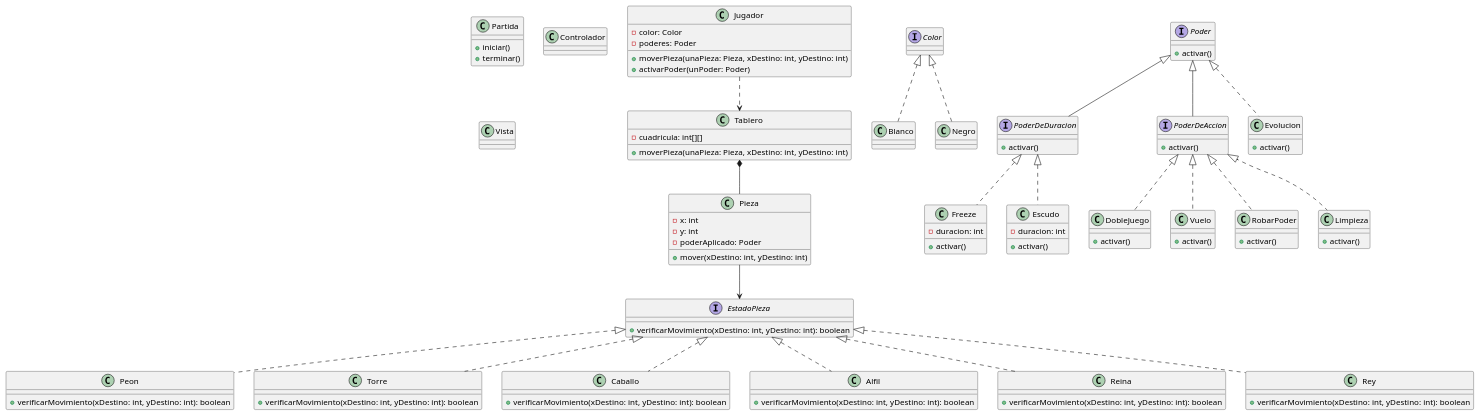
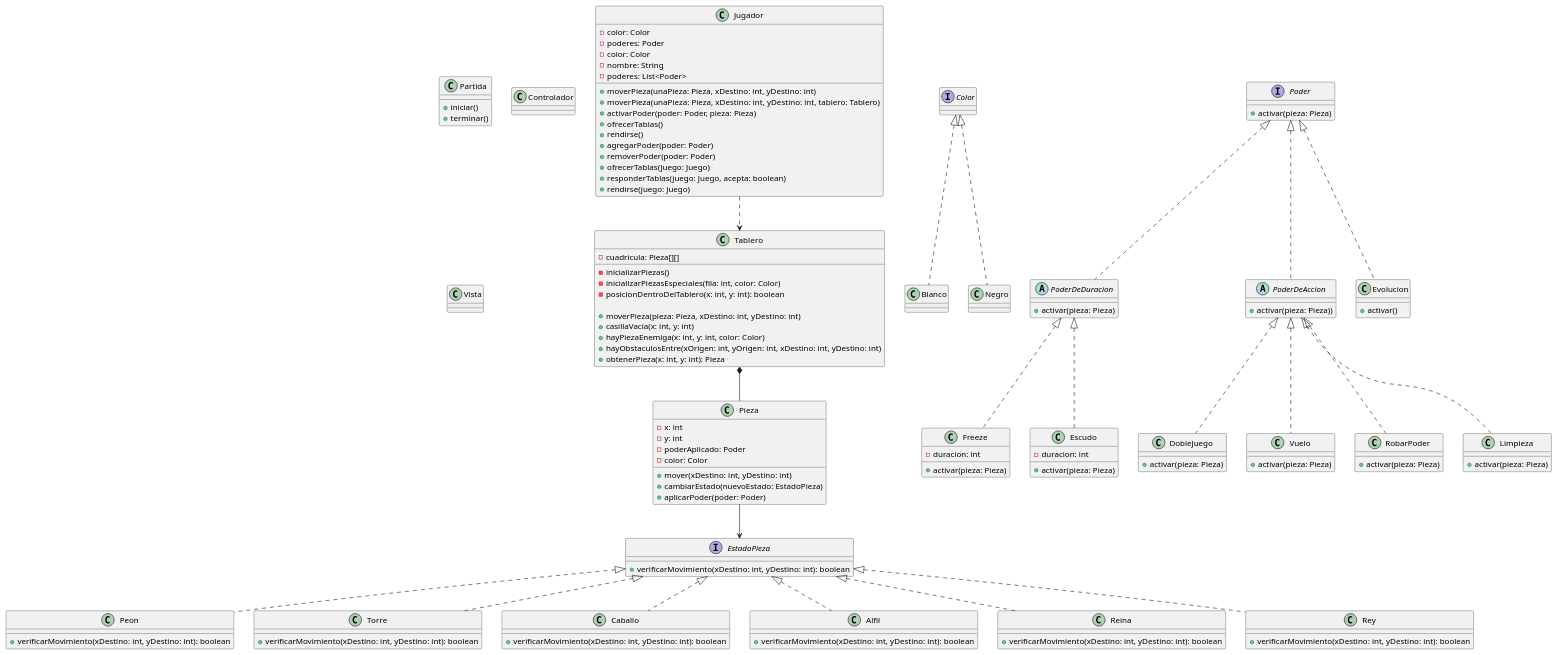
The diagram in PowerChess/diagrams/PowerChess.puml (lorenzocabirta7/Object-Oriented-Ops), drawn with PlantUML before and after one commit. The commit also changed 17 other files, not shown here.

```diff
--- a/PowerChess/diagrams/PowerChess.puml
+++ b/PowerChess/diagrams/PowerChess.puml
@@ -1,121 +1,144 @@
 @startuml
 'https://plantuml.com/class-diagram
 
 interface EstadoPieza{
     + verificarMovimiento(xDestino: int, yDestino: int): boolean
 }
 
 class Peon implements EstadoPieza{
     + verificarMovimiento(xDestino: int, yDestino: int): boolean
 }
 
 class Torre implements EstadoPieza{
     + verificarMovimiento(xDestino: int, yDestino: int): boolean
 }
 
 class Caballo implements EstadoPieza{
     + verificarMovimiento(xDestino: int, yDestino: int): boolean
 }
 
 class Alfil implements EstadoPieza{
     + verificarMovimiento(xDestino: int, yDestino: int): boolean
 }
 
 class Reina implements EstadoPieza{
     + verificarMovimiento(xDestino: int, yDestino: int): boolean
 }
 
 class Rey implements EstadoPieza{
     + verificarMovimiento(xDestino: int, yDestino: int): boolean
 }
 
 interface Color{
 }
 
 class Blanco implements Color{}
 
 class Negro implements Color{}
 
 
 class Pieza{
     - x: int
     - y: int
     - poderAplicado: Poder
+    - color: Color
     + mover(xDestino: int, yDestino: int)
+    + cambiarEstado(nuevoEstado: EstadoPieza)
+    + aplicarPoder(poder: Poder)
 }
 
 Pieza --> EstadoPieza
 
 class Tablero{
-    - cuadricula: int[][]
-    + moverPieza(unaPieza: Pieza, xDestino: int, yDestino: int)
+    - cuadricula: Pieza[][]
+    - inicializarPiezas()
+    - inicializarPiezasEspeciales(fila: int, color: Color)
+    - posicionDentroDelTablero(x: int, y: int): boolean
+
+    + moverPieza(pieza: Pieza, xDestino: int, yDestino: int)
+    + casillaVacia(x: int, y: int)
+    + hayPiezaEnemiga(x: int, y: int, color: Color)
+    + hayObstaculosEntre(xOrigen: int, yOrigen: int, xDestino: int, yDestino: int)
+    + obtenerPieza(x: int, y: int): Pieza
 }
 
 Jugador ..> Tablero
 
 
 Tablero *-- Pieza
 
 class Jugador{
     - color: Color
     -poderes: Poder
     + moverPieza(unaPieza: Pieza, xDestino: int, yDestino: int)
-    + activarPoder(unPoder: Poder)
 }
 
 class Partida{
     + iniciar()
     + terminar()
 }
 
 interface Poder{
-    + activar()
+    + activar(pieza: Pieza)
 }
 
-interface PoderDeDuracion implements Poder {
-    + activar()
+abstract class PoderDeDuracion implements Poder {
+    + activar(pieza: Pieza)
 }
 
-interface PoderDeAccion implements Poder {
-    + activar()
+abstract class PoderDeAccion implements Poder {
+    + activar(pieza: Pieza))
 }
 
 
 class Freeze implements PoderDeDuracion{
     - duracion: int
-    + activar()
+    + activar(pieza: Pieza)
 }
 
 class Escudo implements PoderDeDuracion{
     - duracion: int
-    + activar()
+    + activar(pieza: Pieza)
 }
 
 class DobleJuego implements PoderDeAccion{
-    + activar()
+    + activar(pieza: Pieza)
 }
 
 class Vuelo implements PoderDeAccion{
-    + activar()
+    + activar(pieza: Pieza)
 }
 
 class RobarPoder implements PoderDeAccion{
-    + activar()
+    + activar(pieza: Pieza)
 }
 
 class Limpieza implements PoderDeAccion{
-    + activar()
+    + activar(pieza: Pieza)
 }
 
 class Evolucion implements Poder{
     + activar()
 }
 
 class Controlador{}
 
 class Vista{}
 
-
+class Jugador{
+    - color: Color
+    - nombre: String
+    - poderes: List<Poder>
+    + moverPieza(unaPieza: Pieza, xDestino: int, yDestino: int, tablero: Tablero)
+    + activarPoder(poder: Poder, pieza: Pieza)
+    + ofrecerTablas()
+    + rendirse()
+    + agregarPoder(poder: Poder)
+    + removerPoder(poder: Poder)
+    + ofrecerTablas(juego: Juego)
+    + responderTablas(juego: Juego, acepta: boolean)
+    + rendirse(juego: Juego)
+}
 
 
 @enduml
```
